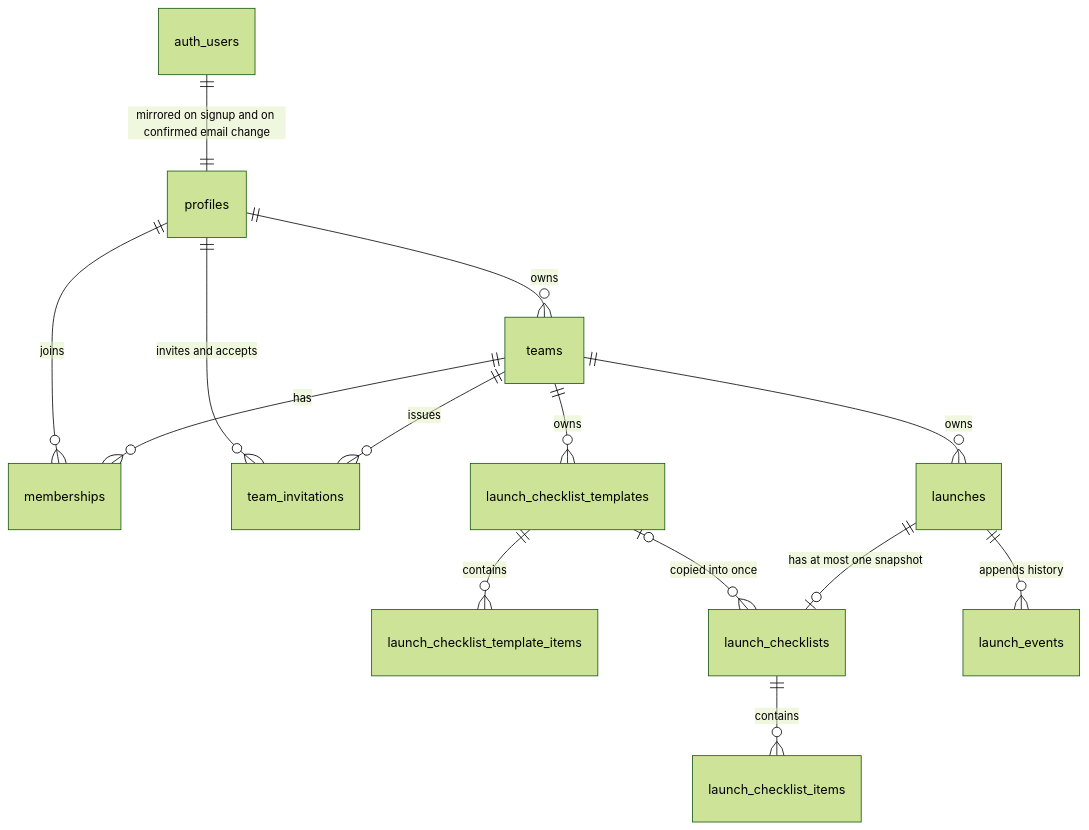
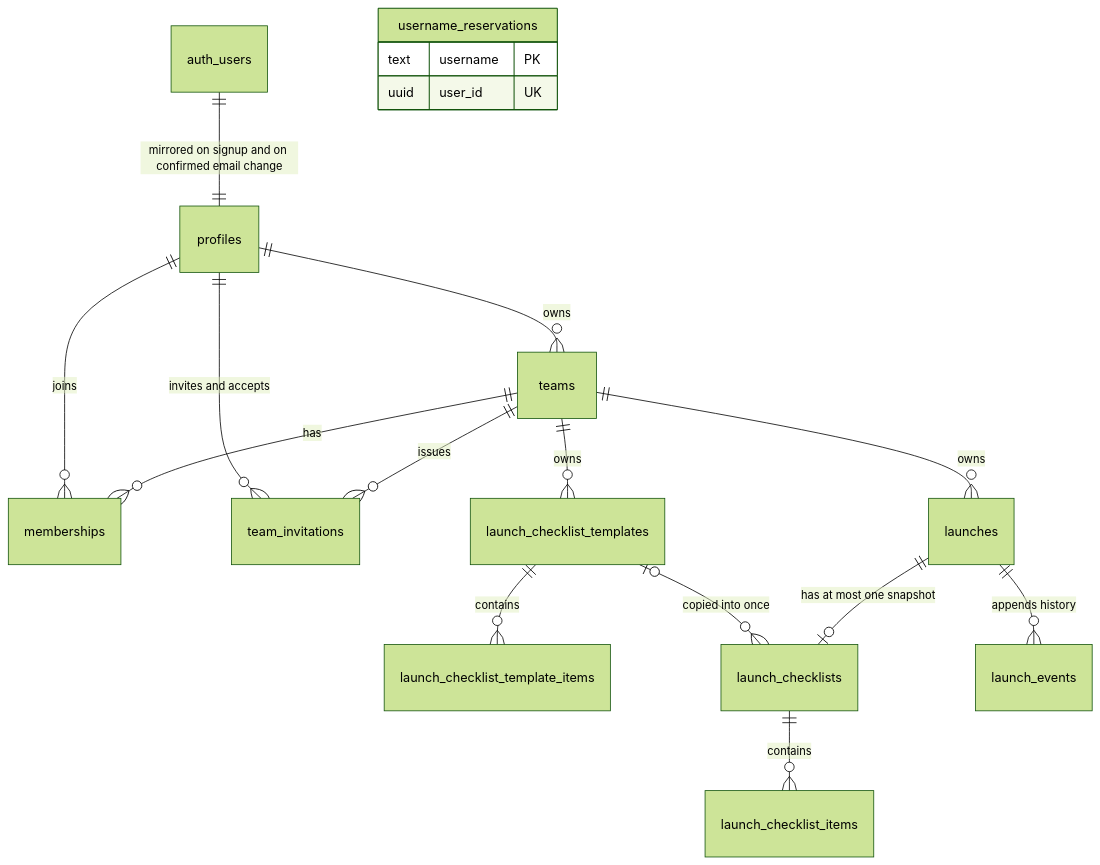
The diagram in docs/database/architecture.md (alejandrovrandecom/dropshipping-operations-platform), drawn with Mermaid (forest theme) before and after one commit. The commit also changed other lines of this file and 6 other files, not shown here.

````diff
--- a/docs/database/architecture.md
+++ b/docs/database/architecture.md
@@ -15,16 +16,20 @@
 ```mermaid
 erDiagram
   auth_users ||--|| profiles : "mirrored on signup and on confirmed email change"
   profiles ||--o{ teams : owns
   teams ||--o{ memberships : has
   profiles ||--o{ memberships : joins
   teams ||--o{ team_invitations : issues
   profiles ||--o{ team_invitations : "invites and accepts"
   teams ||--o{ launches : owns
   teams ||--o{ launch_checklist_templates : owns
   launch_checklist_templates ||--o{ launch_checklist_template_items : contains
   launches ||--o| launch_checklists : "has at most one snapshot"
   launch_checklist_templates |o--o{ launch_checklists : "copied into once"
   launch_checklists ||--o{ launch_checklist_items : contains
   launches ||--o{ launch_events : "appends history"
+  username_reservations {
+    text username PK
+    uuid user_id UK
+  }
 ```
````
